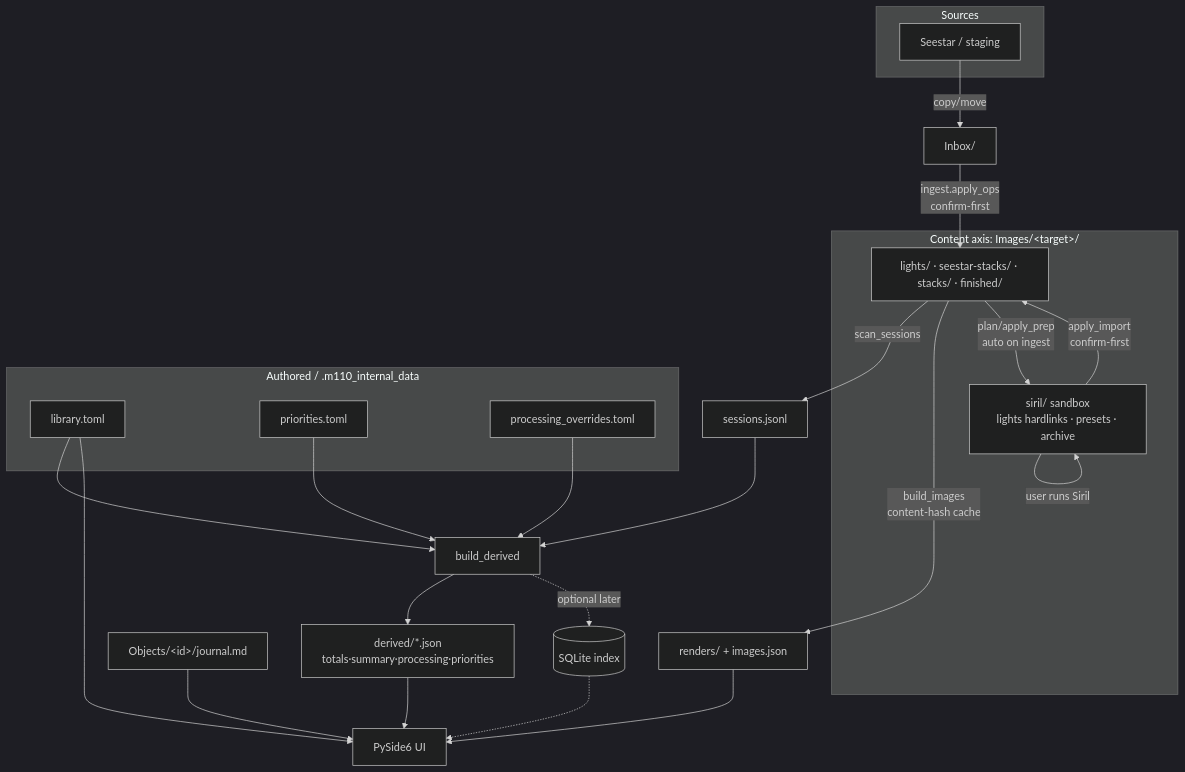
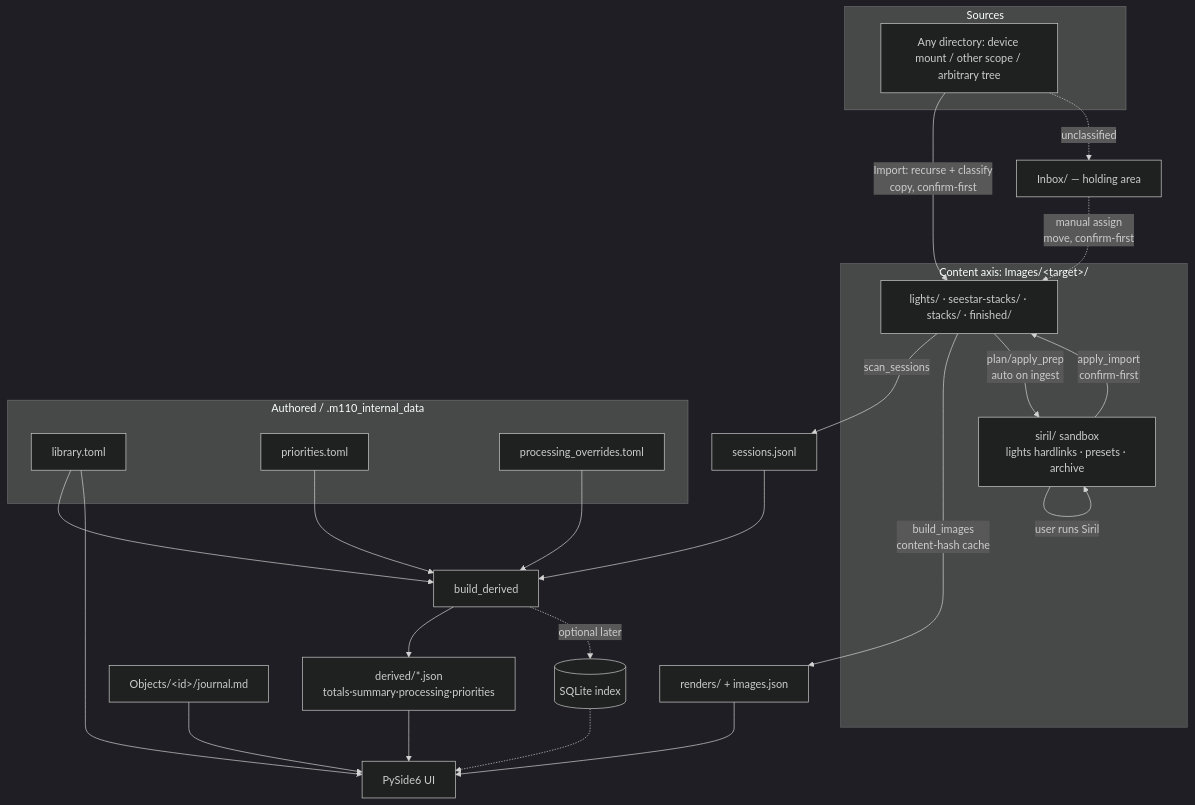
The diagram in DATA_MODEL.md (mjm1138/m110), drawn with Mermaid (dark theme) before and after one commit. The commit also changed other lines of this file and 3 other files, not shown here.

Commit message:
Planning for Import functionality. Reducing size of ROADMAP file.

````diff
--- a/DATA_MODEL.md
+++ b/DATA_MODEL.md
@@ -198,43 +205,44 @@
 ```mermaid
 flowchart TD
     subgraph sources[Sources]
-        DEV[Seestar / staging]
+        DEV[Any directory: device mount / other scope / arbitrary tree]
     end
-    DEV -->|copy/move| INBOX[Inbox/]
-    INBOX -->|ingest.apply_ops<br/>confirm-first| IMG
+    DEV -->|Import: recurse + classify<br/>copy, confirm-first| IMG
+    DEV -.->|unclassified| INBOX[Inbox/ — holding area]
+    INBOX -.->|manual assign<br/>move, confirm-first| IMG
 
     subgraph content[Content axis: Images/&lt;target&gt;/]
         IMG[lights/ · seestar-stacks/ · stacks/ · finished/]
         SANDBOX[siril/ sandbox<br/>lights hardlinks · presets · archive]
     end
 
     subgraph authored[Authored / .m110_internal_data]
         CAT[library.toml]
         PRI[priorities.toml]
         OVR[processing_overrides.toml]
     end
     JOURNAL[Objects/&lt;id&gt;/journal.md]
 
     IMG -->|scan_sessions| SESS[sessions.jsonl]
     SESS --> BD[build_derived]
     CAT --> BD
     PRI --> BD
     OVR --> BD
     BD --> DERIVED[derived/*.json<br/>totals·summary·processing·priorities]
 
     IMG -->|build_images<br/>content-hash cache| RENDERS[renders/ + images.json]
 
     DERIVED --> UI[PySide6 UI]
     RENDERS --> UI
     JOURNAL --> UI
     CAT --> UI
 
     %% siril round-trip
     IMG -->|plan/apply_prep<br/>auto on ingest| SANDBOX
     SANDBOX -->|user runs Siril| SANDBOX
     SANDBOX -->|apply_import<br/>confirm-first| IMG
 
     %% future SQLite index seam
     BD -.optional later.-> SQLITE[(SQLite index)]
     SQLITE -.-> UI
 ```
````
